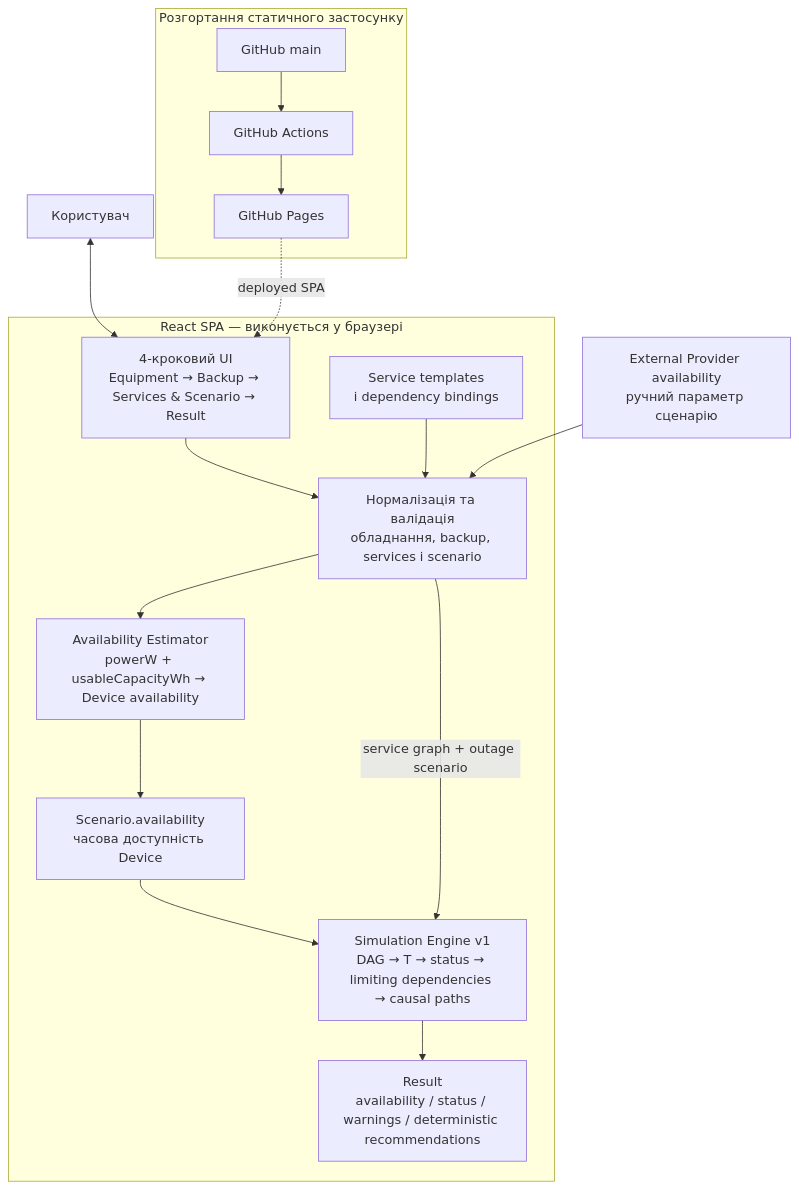
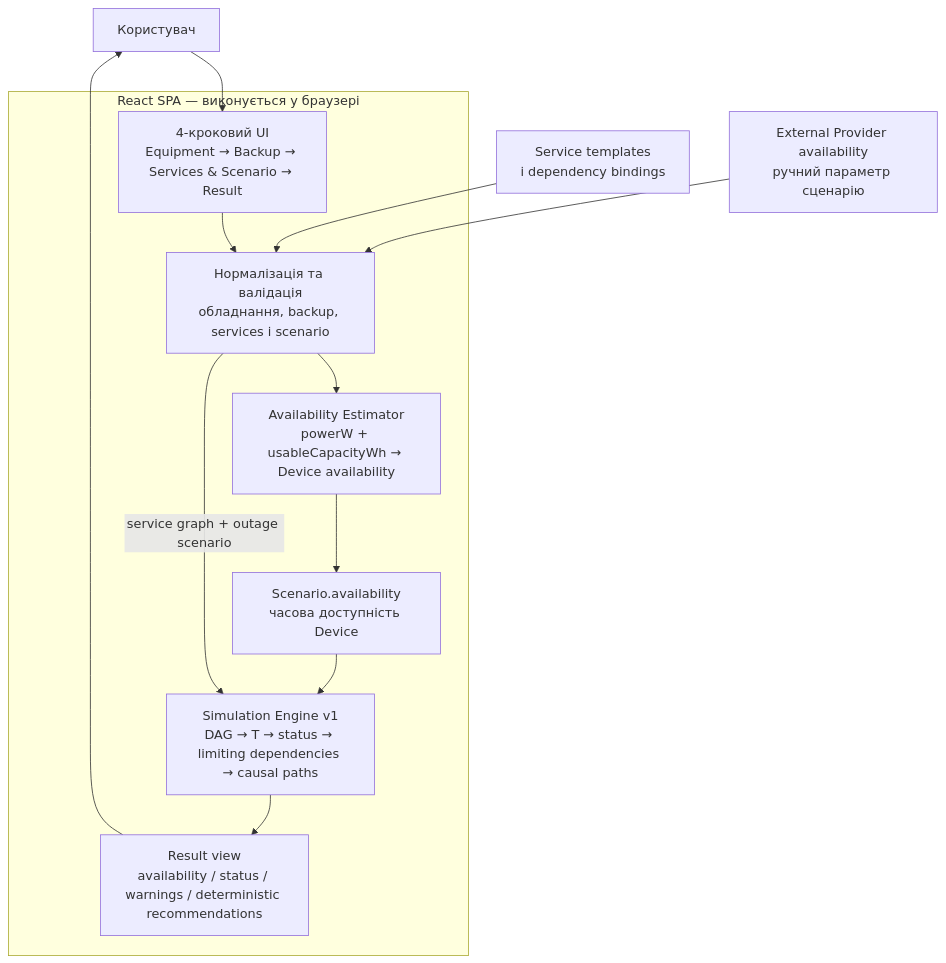
One commit to Serhii-Palamarchuk/capstone-household-service-availability changed the diagram in docs/diagrams/mvp-architecture.md. Above: the diagram before and after it, drawn with Mermaid. The commit also changed other lines of this file, not shown here.

Commit message:
docs: document runtime-focused MVP architecture

````diff
--- a/docs/diagrams/mvp-architecture.md
+++ b/docs/diagrams/mvp-architecture.md
@@ -5,32 +5,27 @@
 ```mermaid
 flowchart TB
     U["Користувач"]
+    ST["Service templates<br/>і dependency bindings"]
     EP["External Provider availability<br/>ручний параметр сценарію"]
 
     subgraph SPA["React SPA — виконується у браузері"]
         UI["4-кроковий UI<br/>Equipment → Backup → Services & Scenario → Result"]
-        ST["Service templates<br/>і dependency bindings"]
         V["Нормалізація та валідація<br/>обладнання, backup, services і scenario"]
         AE["Availability Estimator<br/>powerW + usableCapacityWh → Device availability"]
         SA["Scenario.availability<br/>часова доступність Device"]
         SE["Simulation Engine v1<br/>DAG → T → status → limiting dependencies → causal paths"]
-        R["Result<br/>availability / status / warnings / deterministic recommendations"]
+        R["Result view<br/>availability / status / warnings / deterministic recommendations"]
 
         UI --> V
-        ST --> V
         V --> AE
         AE --> SA
         SA --> SE
         V -->|service graph + outage scenario| SE
         SE --> R
     end
 
-    U <--> UI
+    U --> UI
+    R --> U
+    ST --> V
     EP --> V
-
-    subgraph DEPLOY["Розгортання статичного застосунку"]
-        GH["GitHub main"] --> GA["GitHub Actions"] --> GP["GitHub Pages"]
-    end
-
-    GP -. "deployed SPA" .-> UI
 ```
````
